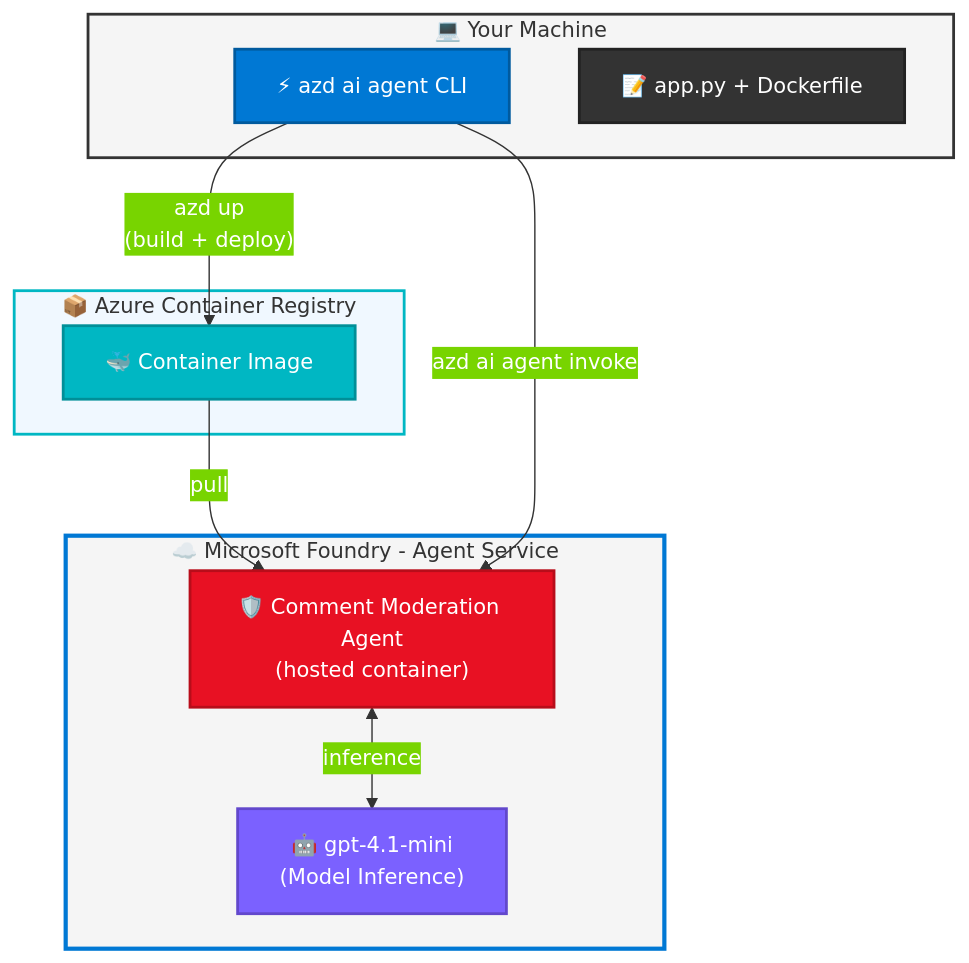
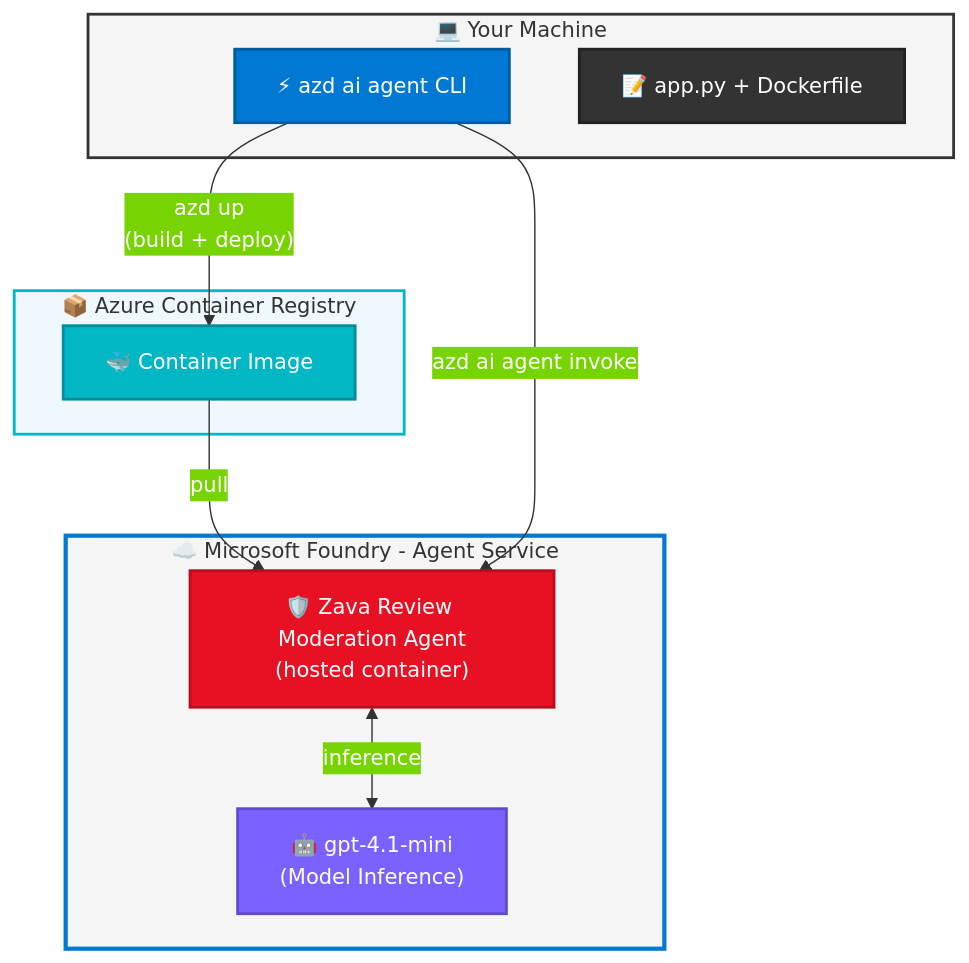
One commit to microsoft/Build26-LAB520-get-started-with-models-in-microsoft-foundry-to-build-ai-apps changed the diagram in docs/lab6-deploy-agent.md. Above: the diagram before and after it, drawn with Mermaid. The commit also changed other lines of this file and 14 other files, not shown here.

````diff
--- a/docs/lab6-deploy-agent.md
+++ b/docs/lab6-deploy-agent.md
@@ -30,31 +30,31 @@
 ```mermaid
 %%{init: {'theme': 'base', 'themeVariables': {'primaryColor': '#0078D4', 'primaryTextColor': '#FFFFFF', 'primaryBorderColor': '#005A9E', 'lineColor': '#333333', 'fontSize': '15px', 'fontFamily': 'Segoe UI, sans-serif'}}}%%
 flowchart TB
     subgraph LOCAL["💻 Your Machine"]
         AZD["⚡ azd ai agent CLI"]
         CODE["📝 app.py + Dockerfile"]
     end
 
     subgraph ACR["📦 Azure Container Registry"]
         IMAGE["🐳 Container Image"]
     end
 
     subgraph FOUNDRY["☁️ Microsoft Foundry  - Agent Service"]
-        AGENT["🛡️ Comment Moderation Agent\n(hosted container)"]
+        AGENT["🛡️ Zava Review Moderation Agent\n(hosted container)"]
         MODEL["🤖 gpt-4.1-mini\n(Model Inference)"]
     end
 
     AZD -->|"azd up\n(build + deploy)"| IMAGE
     IMAGE -->|"pull"| AGENT
     AGENT <-->|"inference"| MODEL
     AZD -->|"azd ai agent invoke"| AGENT
 
     style AZD fill:#0078D4,stroke:#005A9E,color:#FFFFFF,stroke-width:2px
     style CODE fill:#333333,stroke:#222222,color:#FFFFFF,stroke-width:2px
     style IMAGE fill:#00B7C3,stroke:#008F98,color:#FFFFFF,stroke-width:2px
     style AGENT fill:#E81123,stroke:#B80D1A,color:#FFFFFF,stroke-width:2px
     style MODEL fill:#7B61FF,stroke:#6248CC,color:#FFFFFF,stroke-width:2px
     style LOCAL fill:#F5F5F5,stroke:#333333,color:#333333,stroke-width:2px
     style ACR fill:#F0F8FF,stroke:#00B7C3,color:#333333,stroke-width:2px
     style FOUNDRY fill:#F5F5F5,stroke:#0078D4,color:#333333,stroke-width:3px
 ```
````
